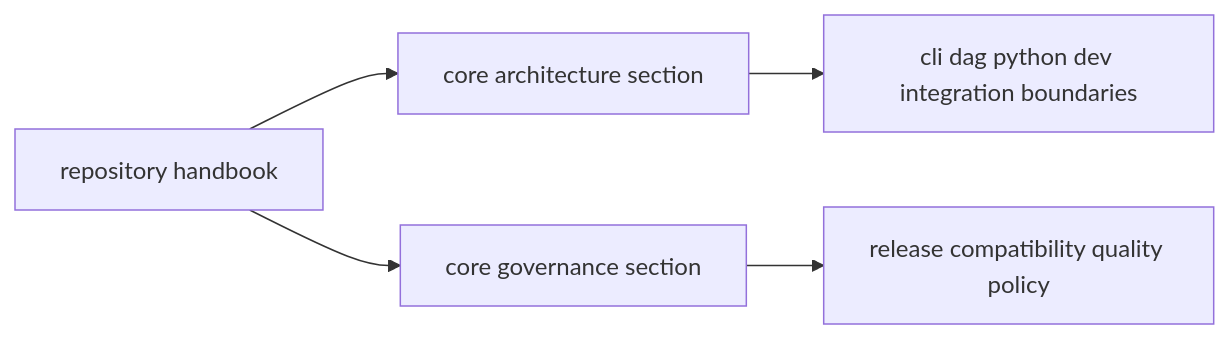
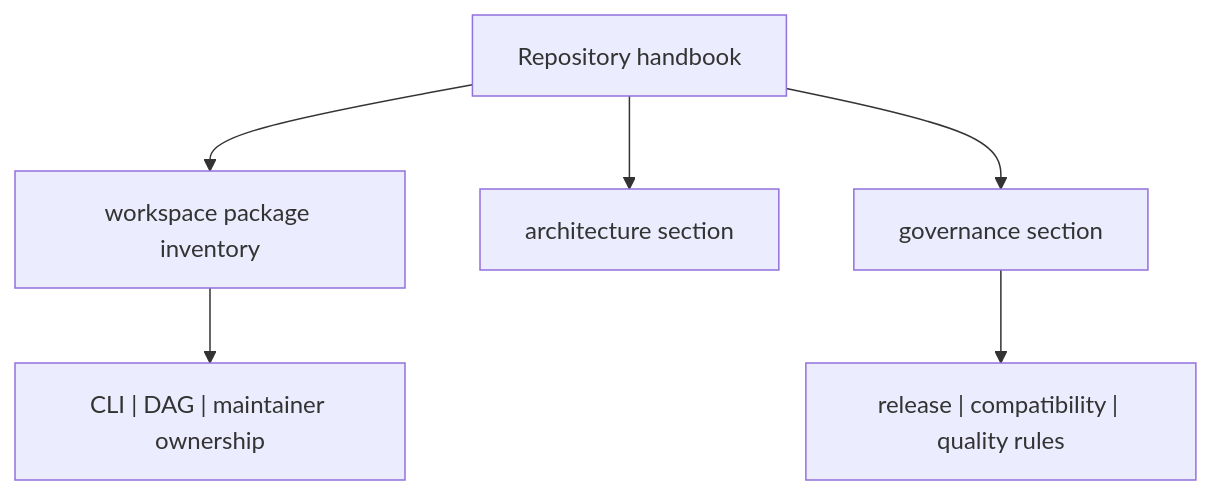
Before and after one commit to bijux/bijux-cli: the diagram in docs/bijux-core/index.md, drawn with Mermaid. The commit also changed other lines of this file and 4 other files, not shown here.

Commit message:
docs(landing): align handbook entry pages with the package split

````diff
--- a/docs/bijux-core/index.md
+++ b/docs/bijux-core/index.md
@@ -17,7 +29,9 @@
 ```mermaid
-flowchart LR
-    core[repository handbook] --> architecture[core architecture section]
-    core --> governance[core governance section]
-    architecture --> programs[cli dag python dev integration boundaries]
-    governance --> policies[release compatibility quality policy]
+flowchart TB
+    handbook["Repository handbook"]
+    handbook --> packages["workspace package inventory"]
+    handbook --> architecture["architecture section"]
+    handbook --> governance["governance section"]
+    packages --> boundaries["CLI | DAG | maintainer ownership"]
+    governance --> policies["release | compatibility | quality rules"]
 ```
````
